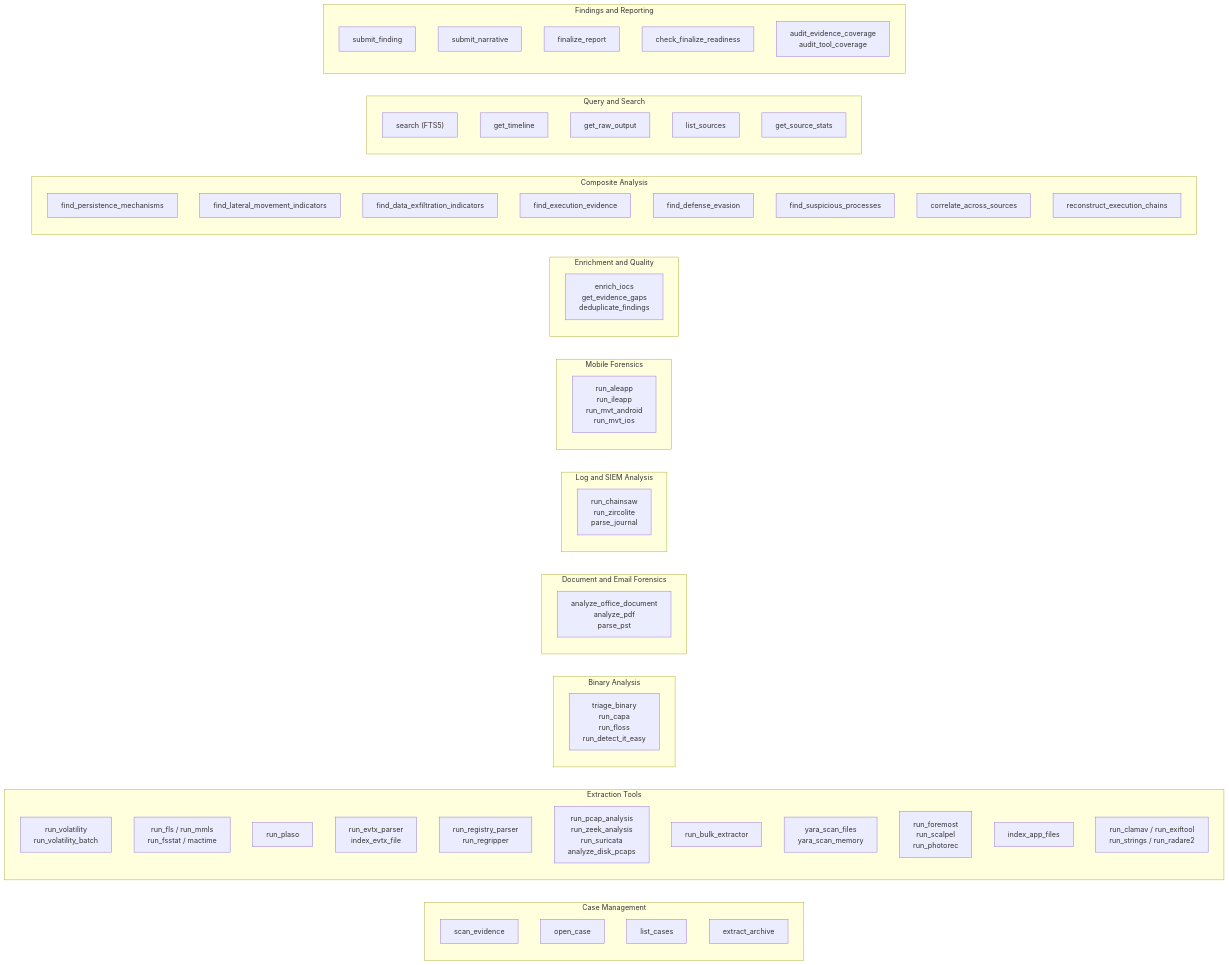
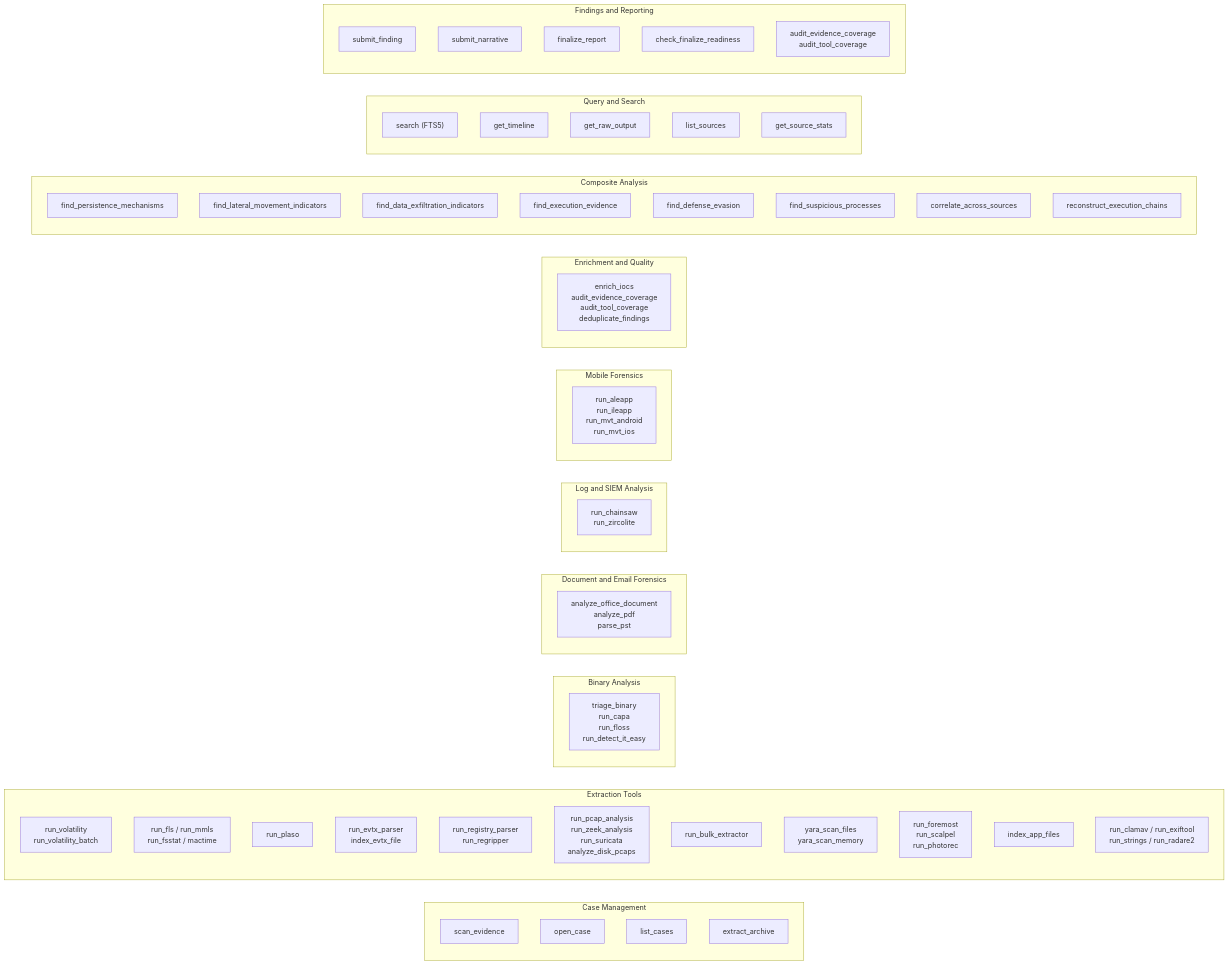
Before and after one commit to calebevans/mulder: the second of 7 diagrams in docs/architecture.md, drawn with Mermaid. The commit also changed other lines of this file and 6 other files, not shown here.

````diff
--- a/docs/architecture.md
+++ b/docs/architecture.md
@@ -52,70 +52,70 @@
 ```mermaid
 flowchart LR
     subgraph caseTools [Case Management]
         scanEvidence["scan_evidence"]
         openCase["open_case"]
         listCases["list_cases"]
         extractArchive["extract_archive"]
     end
 
     subgraph extractionTools [Extraction Tools]
         runVolatility["run_volatility\nrun_volatility_batch"]
         runFls["run_fls / run_mmls\nrun_fsstat / mactime"]
         runPlaso["run_plaso"]
         runEvtx["run_evtx_parser\nindex_evtx_file"]
         runRegistry["run_registry_parser\nrun_regripper"]
         runPcap["run_pcap_analysis\nrun_zeek_analysis\nrun_suricata\nanalyze_disk_pcaps"]
         runBulk["run_bulk_extractor"]
         runYara["yara_scan_files\nyara_scan_memory"]
         runCarving["run_foremost\nrun_scalpel\nrun_photorec"]
         runAppFiles["index_app_files"]
         runMisc["run_clamav / run_exiftool\nrun_strings / run_radare2"]
     end
 
     subgraph binaryTools [Binary Analysis]
         runBinary["triage_binary\nrun_capa\nrun_floss\nrun_detect_it_easy"]
     end
 
     subgraph docTools [Document and Email Forensics]
         runDocs["analyze_office_document\nanalyze_pdf\nparse_pst"]
     end
 
     subgraph logTools [Log and SIEM Analysis]
-        runLogs["run_chainsaw\nrun_zircolite\nparse_journal"]
+        runLogs["run_chainsaw\nrun_zircolite"]
     end
 
     subgraph mobileTools [Mobile Forensics]
         runMobile["run_aleapp\nrun_ileapp\nrun_mvt_android\nrun_mvt_ios"]
     end
 
     subgraph enrichTools [Enrichment and Quality]
-        runEnrich["enrich_iocs\nget_evidence_gaps\ndeduplicate_findings"]
+        runEnrich["enrich_iocs\naudit_evidence_coverage\naudit_tool_coverage\ndeduplicate_findings"]
     end
 
     subgraph compositeTools [Composite Analysis]
         findPersistence["find_persistence_mechanisms"]
         findLateral["find_lateral_movement_indicators"]
         findExfil["find_data_exfiltration_indicators"]
         findExecution["find_execution_evidence"]
         findEvasion["find_defense_evasion"]
         findProc["find_suspicious_processes"]
         correlate["correlate_across_sources"]
         reconstruct["reconstruct_execution_chains"]
     end
 
     subgraph queryTools [Query and Search]
         search["search (FTS5)"]
         getTimeline["get_timeline"]
         getRawOutput["get_raw_output"]
         listSources["list_sources"]
         getSourceStats["get_source_stats"]
     end
 
     subgraph findingsTools [Findings and Reporting]
         submitFinding["submit_finding"]
         submitNarrative["submit_narrative"]
         finalizeReport["finalize_report"]
         checkReadiness["check_finalize_readiness"]
         auditCoverage["audit_evidence_coverage\naudit_tool_coverage"]
     end
 ```
````
